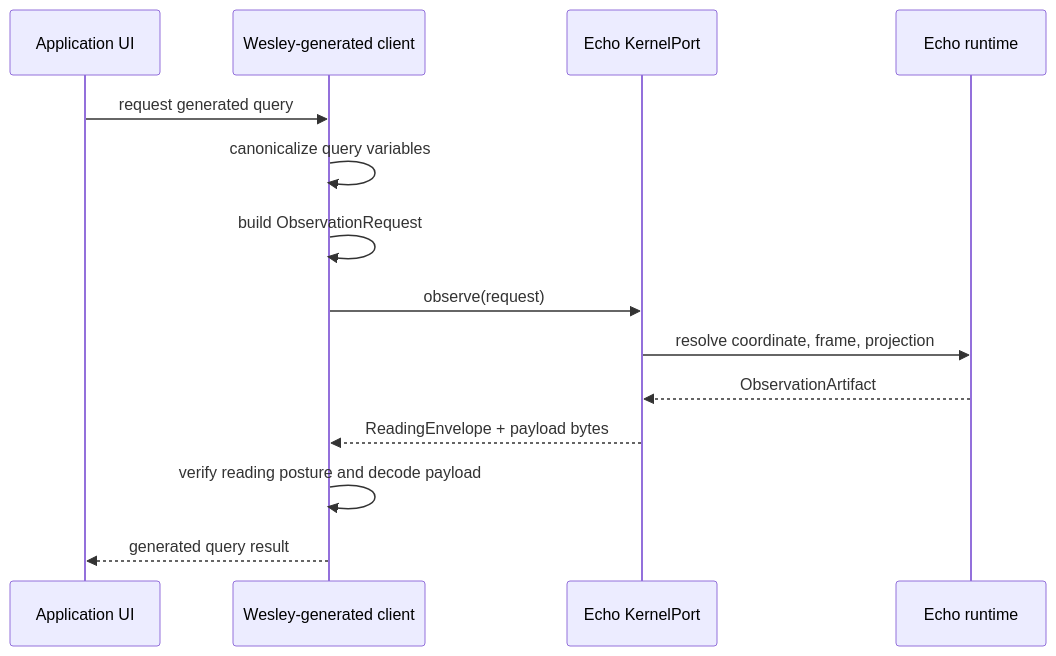
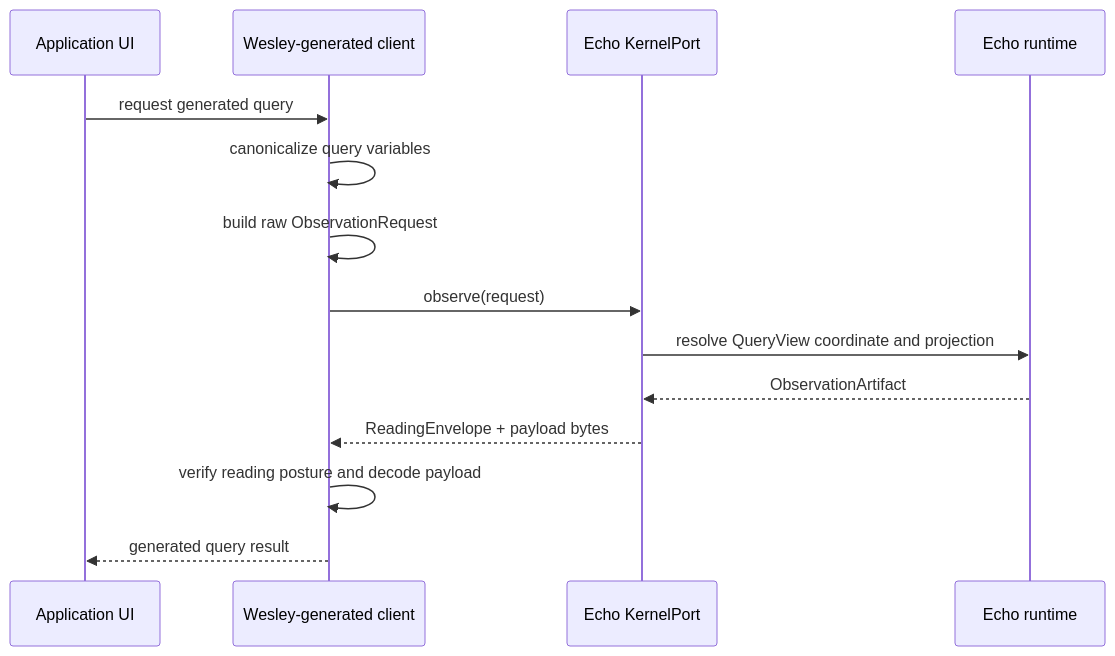
Before and after one commit to flyingrobots/echo: the third of 8 diagrams in docs/architecture/application-contract-hosting.md, drawn with Mermaid. The commit also changed other lines of this file and 11 other files, not shown here.

````diff
--- a/docs/architecture/application-contract-hosting.md
+++ b/docs/architecture/application-contract-hosting.md
@@ -274,17 +296,17 @@
 ```mermaid
 sequenceDiagram
     participant UI as Application UI
     participant Gen as Wesley-generated client
     participant Echo as Echo KernelPort
     participant Runtime as Echo runtime
 
     UI->>Gen: request generated query
     Gen->>Gen: canonicalize query variables
-    Gen->>Gen: build ObservationRequest
+    Gen->>Gen: build raw ObservationRequest
     Gen->>Echo: observe(request)
-    Echo->>Runtime: resolve coordinate, frame, projection
+    Echo->>Runtime: resolve QueryView coordinate and projection
     Runtime-->>Echo: ObservationArtifact
     Echo-->>Gen: ReadingEnvelope + payload bytes
     Gen->>Gen: verify reading posture and decode payload
     Gen-->>UI: generated query result
 ```
````
